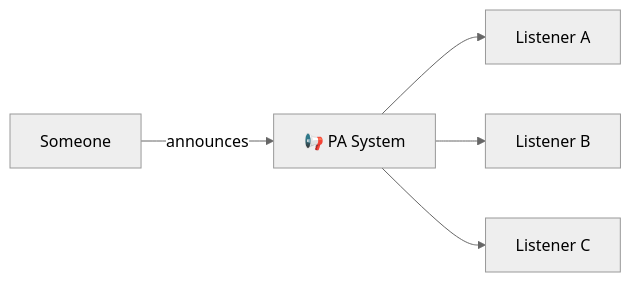
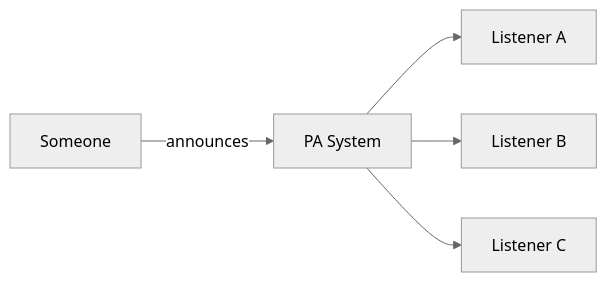
Before and after one commit to wallstop/DxMessaging: the first of 5 diagrams in docs/concepts/mental-model.md, drawn with Mermaid (neutral theme). The commit also changed other lines of this file and 177 other files, not shown here.

````diff
--- a/docs/concepts/mental-model.md
+++ b/docs/concepts/mental-model.md
@@ -43,7 +43,7 @@
 ```mermaid
 flowchart LR
-    S[Someone] -->|announces| PA[📢 PA System]
+    S[Someone] -->|announces| PA[PA System]
     PA --> L1[Listener A]
     PA --> L2[Listener B]
     PA --> L3[Listener C]
 ```
````
